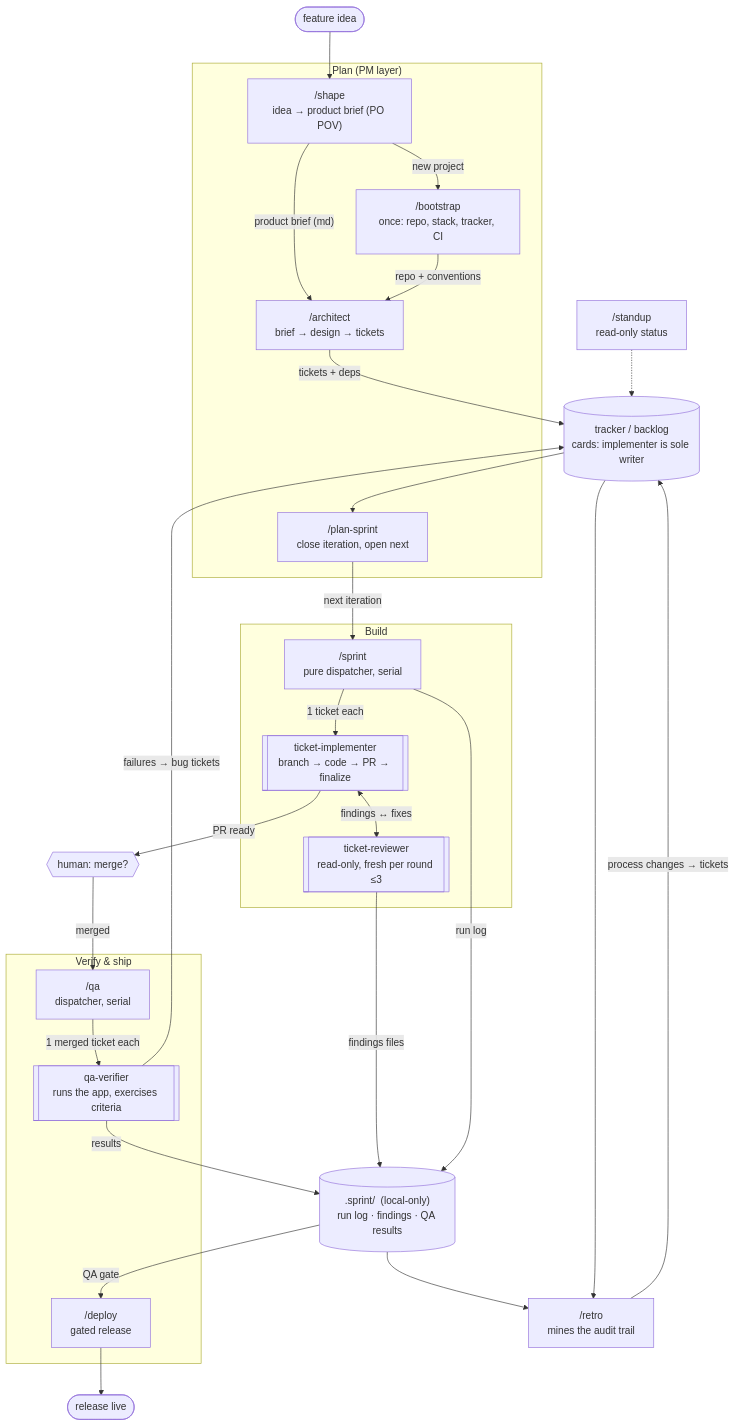
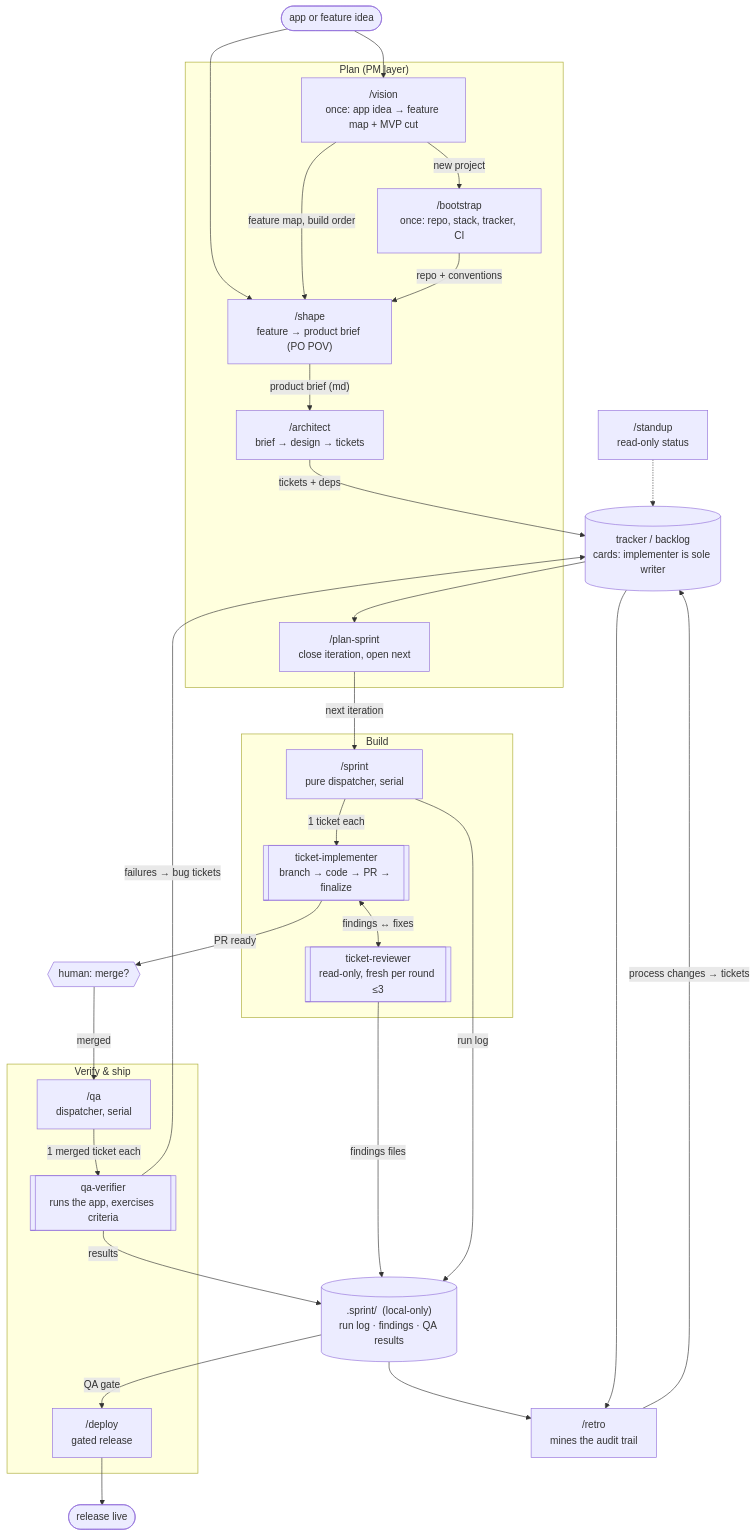
One commit to kyimoemin/skills changed the diagram in README.md. Above: the diagram before and after it, drawn with Mermaid. The commit also changed other lines of this file and 4 other files, not shown here.

First line of the commit message:
feat: add /vision — app-level feature map above /shape

````diff
--- a/README.md
+++ b/README.md
@@ -14,50 +14,53 @@
 ```mermaid
 flowchart TB
     subgraph pm ["Plan (PM layer)"]
-        shape["/shape\nidea → product brief (PO POV)"]
+        vision["/vision\nonce: app idea → feature map + MVP cut"]
+        shape["/shape\nfeature → product brief (PO POV)"]
         bootstrap["/bootstrap\nonce: repo, stack, tracker, CI"]
         architect["/architect\nbrief → design → tickets"]
         plansprint["/plan-sprint\nclose iteration, open next"]
     end
 
     subgraph build ["Build"]
         sprint["/sprint\npure dispatcher, serial"]
         impl[["ticket-implementer\nbranch → code → PR → finalize"]]
         reviewer[["ticket-reviewer\nread-only, fresh per round ≤3"]]
     end
 
     subgraph ship ["Verify & ship"]
         qa["/qa\ndispatcher, serial"]
         qav[["qa-verifier\nruns the app, exercises criteria"]]
         deploy["/deploy\ngated release"]
     end
 
     retro["/retro\nmines the audit trail"]
     standup["/standup\nread-only status"]
 
     tracker[("tracker / backlog\ncards: implementer is sole writer")]
     dotsprint[(".sprint/  (local-only)\nrun log · findings · QA results")]
 
-    idea([feature idea]) --> shape
+    idea([app or feature idea]) --> vision
+    idea --> shape
+    vision -- "feature map, build order" --> shape
+    vision -- "new project" --> bootstrap
+    bootstrap -- "repo + conventions" --> shape
     shape -- "product brief (md)" --> architect
-    shape -- "new project" --> bootstrap
-    bootstrap -- "repo + conventions" --> architect
     architect -- "tickets + deps" --> tracker
     tracker --> plansprint
     plansprint -- "next iteration" --> sprint
     sprint -- "1 ticket each" --> impl
     impl <-- "findings ↔ fixes" --> reviewer
     reviewer -- "findings files" --> dotsprint
     sprint -- "run log" --> dotsprint
     impl -- "PR ready" --> merge{{"human: merge?"}}
     merge -- "merged" --> qa
     qa -- "1 merged ticket each" --> qav
     qav -- "results" --> dotsprint
     qav -- "failures → bug tickets" --> tracker
     dotsprint -- "QA gate" --> deploy
     deploy --> live([release live])
     dotsprint --> retro
     tracker --> retro
     retro -- "process changes → tickets" --> tracker
     standup -.-> tracker
 ```
````
